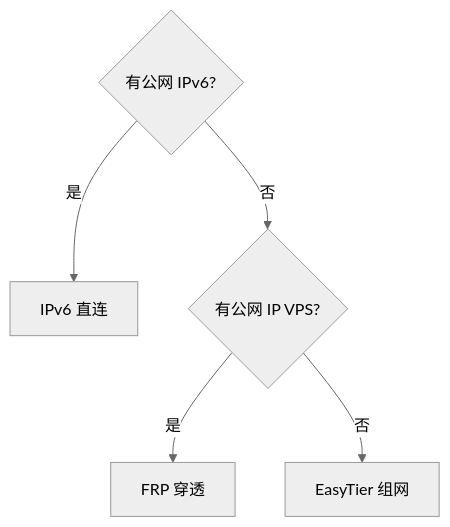
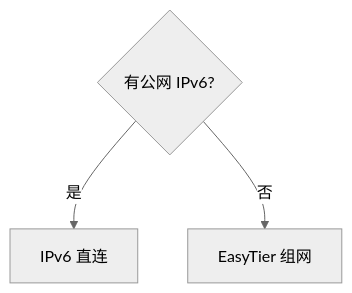
Before and after one commit to clawbench-dev/clawbench: the diagram in docs/user-guide/PUBLIC_ACCESS.md, drawn with Mermaid (neutral theme). The commit also changed other lines of this file and 79 other files, not shown here.

````diff
--- a/docs/user-guide/PUBLIC_ACCESS.md
+++ b/docs/user-guide/PUBLIC_ACCESS.md
@@ -11,8 +10,6 @@
 ```mermaid
 flowchart TD
     Q1{有公网 IPv6?}
     Q1 -- 是 --> IPv6[IPv6 直连]
-    Q1 -- 否 --> Q2{有公网 IP VPS?}
-    Q2 -- 是 --> FRP[FRP 穿透]
-    Q2 -- 否 --> ET[EasyTier 组网]
+    Q1 -- 否 --> ET[EasyTier 组网]
 ```
````
